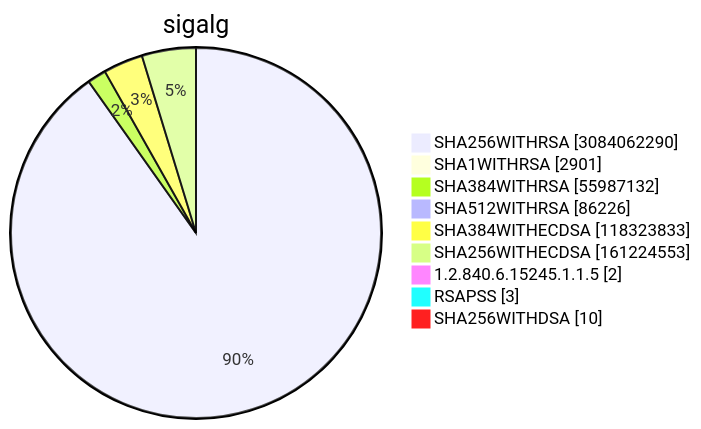
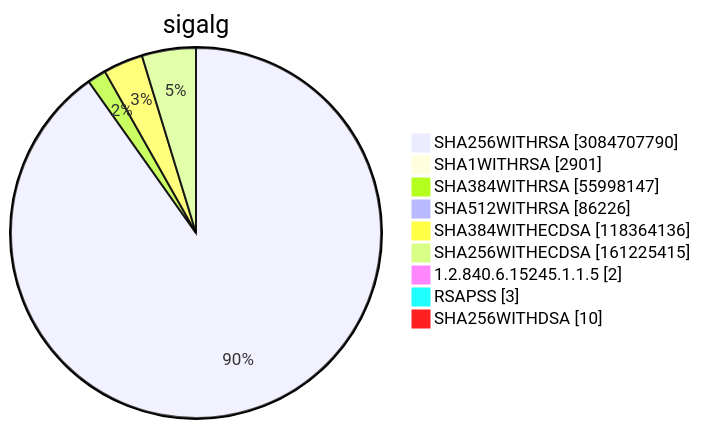
One commit to christiankrug/ctmonitor_visualization changed diagram 15 of 15 in TOTAL/README.md. Above: the diagram before and after it, drawn with Mermaid. The commit also changed other lines of this file, not shown here.

````diff
--- a/TOTAL/README.md
+++ b/TOTAL/README.md
@@ -6210,13 +6210,13 @@
 ```mermaid
 pie showData
 title sigalg
-"SHA256WITHRSA" :3084062290
+"SHA256WITHRSA" :3084707790
 "SHA1WITHRSA" :2901
-"SHA384WITHRSA" :55987132
+"SHA384WITHRSA" :55998147
 "SHA512WITHRSA" :86226
-"SHA384WITHECDSA" :118323833
-"SHA256WITHECDSA" :161224553
+"SHA384WITHECDSA" :118364136
+"SHA256WITHECDSA" :161225415
 "1.2.840.6.15245.1.1.5" :2
 "RSAPSS" :3
 "SHA256WITHDSA" :10
 ```
````
